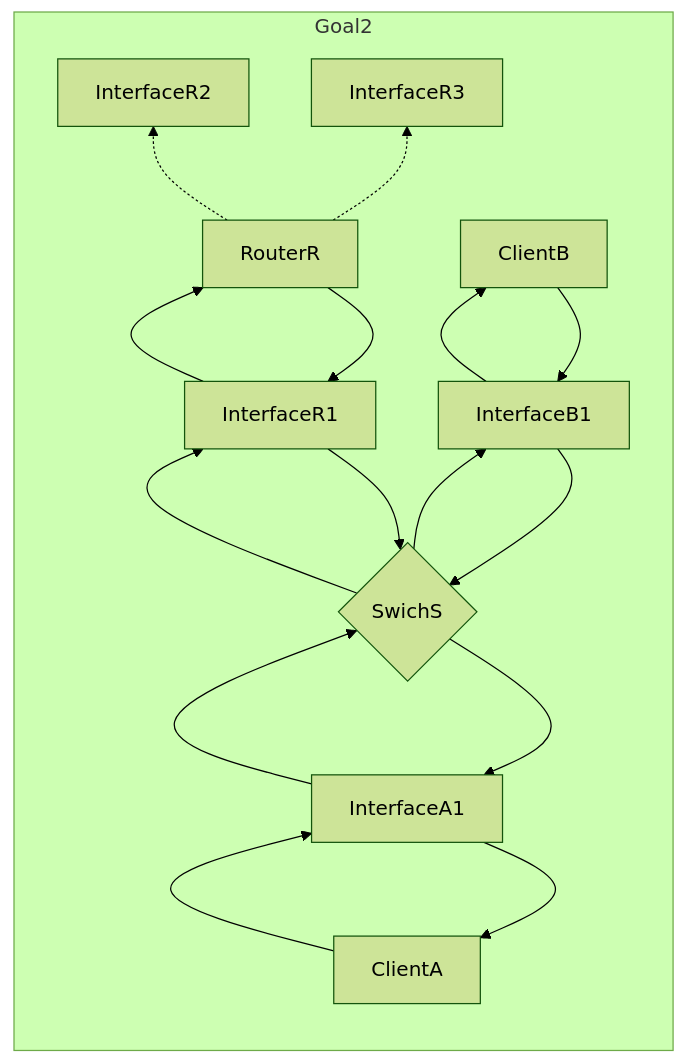
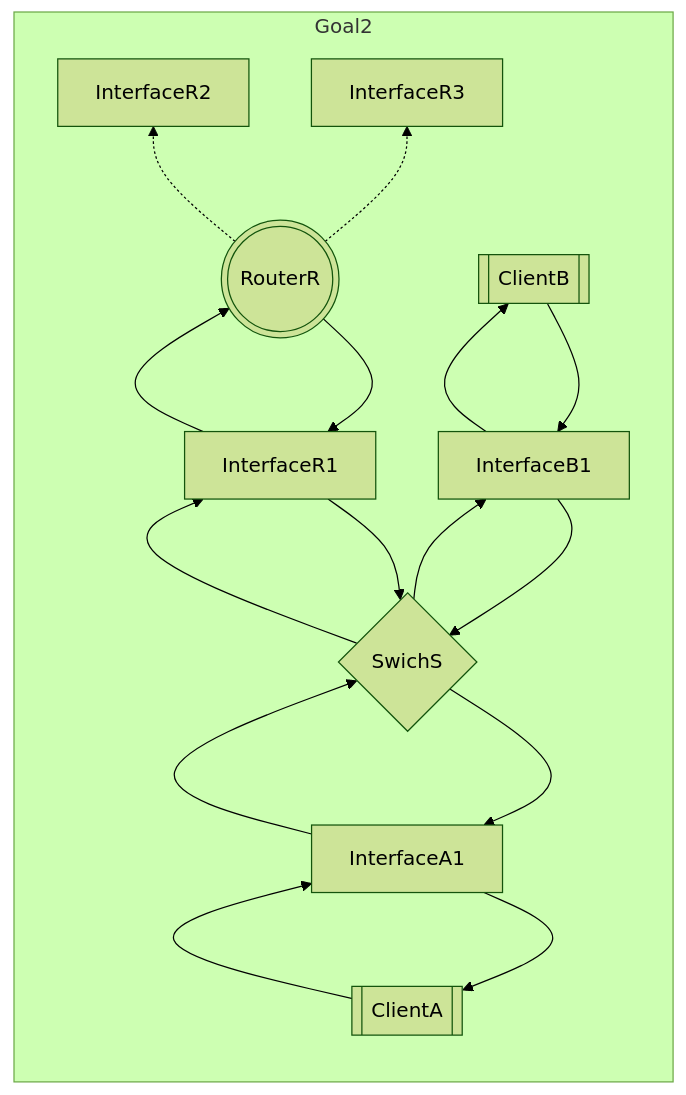
Before and after one commit to rikeda-cloud/net_practice: the first of 2 diagrams in level4.md, drawn with Mermaid (forest theme). The commit also changed other lines of this file and 6 other files, not shown here.

````diff
--- a/level4.md
+++ b/level4.md
@@ -14,23 +14,23 @@
 ```mermaid
 flowchart
 subgraph Goal2
     direction BT
-    CA[ClientA]
-    CB[ClientB]
-    RR[RouterR]
+    CA[[ClientA]]
+    CB[[ClientB]]
+    RR(((RouterR)))
     IA[InterfaceA1]
     IB[InterfaceB1]
     IR1[InterfaceR1]
     IR2[InterfaceR2]
     IR3[InterfaceR3]
     S{SwichS}
     CA-->IA-->CA
     IA-->S-->IA
     RR-.->IR2
     RR-.->IR3
     RR-->IR1-->RR
     IR1-->S-->IR1
     CB-->IB-->CB
     IB-->S-->IB
 end
 ```
````
